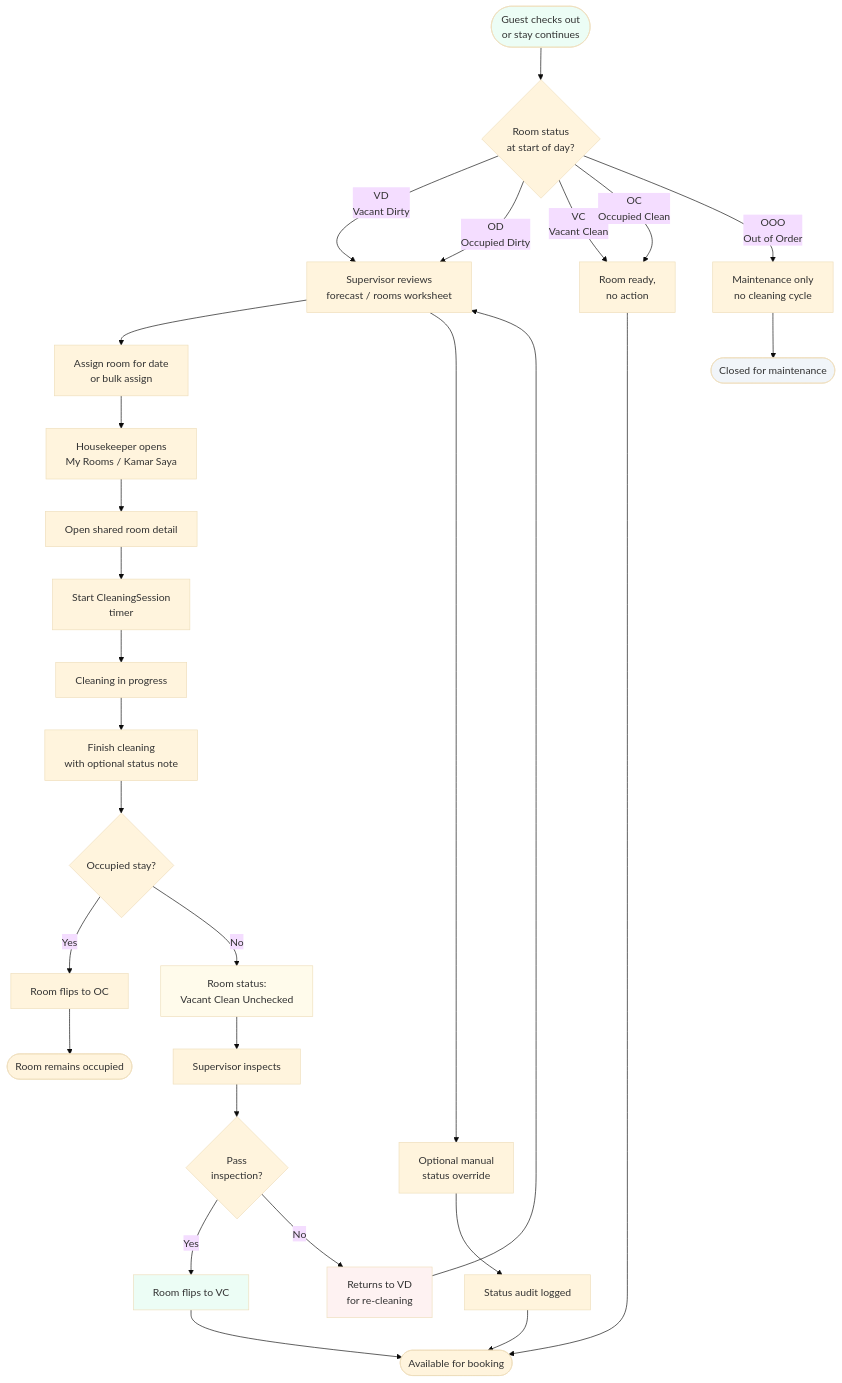
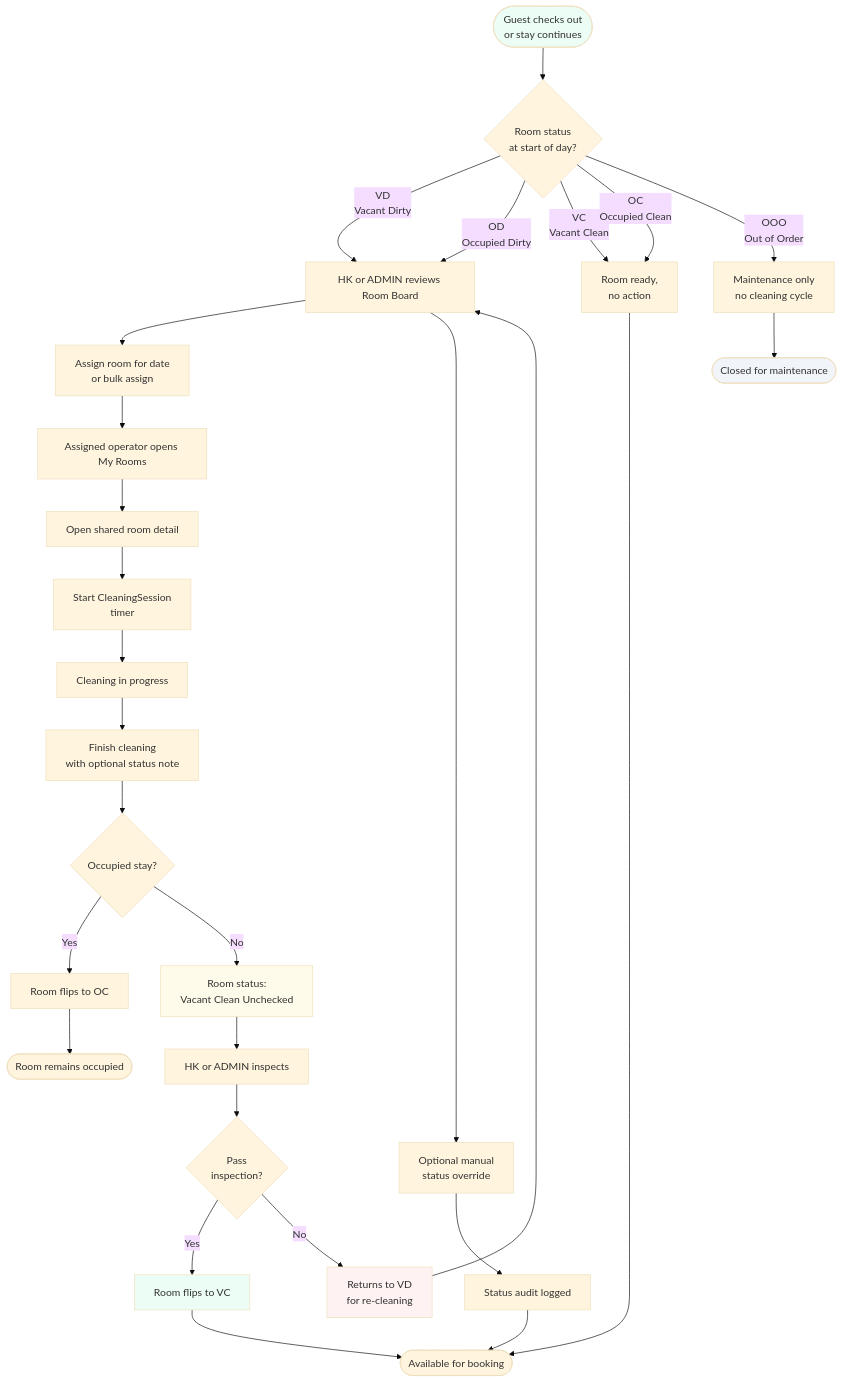
One commit to nurmareko/zadd-hotel-pms changed the sixth of 9 diagrams in docs/business_process_mvp.md. Above: the diagram before and after it, drawn with Mermaid (base theme). The commit also changed other lines of this file and 35 other files, not shown here.

Commit message:
feat: clean up HK supervisor role, schema, and legacy routes

````diff
--- a/docs/business_process_mvp.md
+++ b/docs/business_process_mvp.md
@@ -205,39 +205,39 @@
 ```mermaid
 flowchart TD
     A([Guest checks out<br/>or stay continues]) --> B{Room status<br/>at start of day?}
 
-    B -->|VD<br/>Vacant Dirty| S[Supervisor reviews<br/>forecast / rooms worksheet]
+    B -->|VD<br/>Vacant Dirty| S[HK or ADMIN reviews Room Board]
     B -->|OD<br/>Occupied Dirty| S
     B -->|VC<br/>Vacant Clean| D[Room ready,<br/>no action]
     B -->|OC<br/>Occupied Clean| D
     B -->|OOO<br/>Out of Order| E[Maintenance only<br/>no cleaning cycle]
 
     S --> T[Assign room for date<br/>or bulk assign]
-    T --> U[Housekeeper opens<br/>My Rooms / Kamar Saya]
+    T --> U[Assigned operator opens My Rooms]
     U --> C[Open shared room detail]
     C --> F[Start CleaningSession<br/>timer]
     F --> G[Cleaning in progress]
     G --> R[Finish cleaning<br/>with optional status note]
     R --> H{Occupied stay?}
     H -->|Yes| P[Room flips to OC]
     H -->|No| I[Room status:<br/>Vacant Clean Unchecked]
-    I --> J[Supervisor inspects]
+    I --> J[HK or ADMIN inspects]
     J --> K{Pass<br/>inspection?}
     K -->|Yes| L[Room flips to VC]
     K -->|No| M[Returns to VD<br/>for re-cleaning]
     M --> S
     S --> X[Optional manual<br/>status override]
     X --> Y[Status audit logged]
 
     P --> Q([Room remains occupied])
     L --> N([Available for booking])
     D --> N
     E --> O([Closed for maintenance])
     Y --> N
 
     style A fill:#ecfdf5
     style I fill:#fffbeb
     style L fill:#ecfdf5
     style M fill:#fef2f2
     style O fill:#f1f5f9
 ```
````
